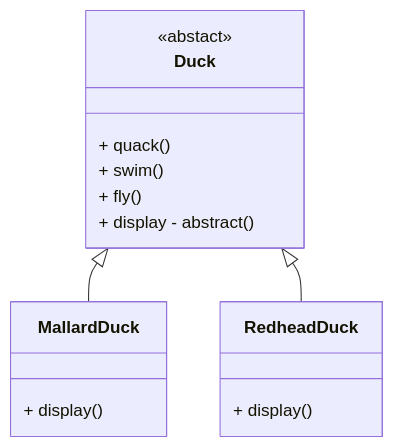
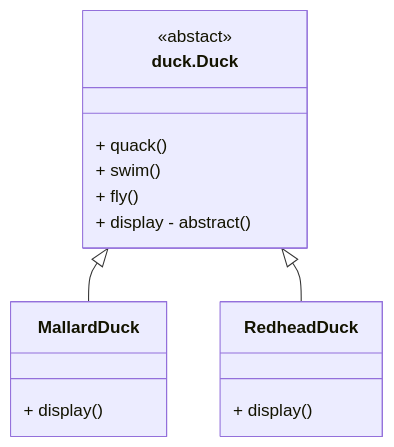
The second of 8 diagrams in oop/strategyPattern/README.md (Dltmd202/Java-Spring-Study), drawn with Mermaid before and after one commit. The commit also changed other lines of this file and 37 other files, not shown here.

````diff
--- a/oop/strategyPattern/README.md
+++ b/oop/strategyPattern/README.md
@@ -30,21 +30,21 @@
 ```mermaid
 classDiagram
-Duck <|-- MallardDuck
-Duck <|-- RedheadDuck
-class Duck{
+duck.Duck <|-- MallardDuck
+duck.Duck <|-- RedheadDuck
+class duck.Duck{
     <<abstact>>
     + quack()
     + swim()
     + fly()
     + display - abstract()
 }
 
 class MallardDuck{
     + display()
 }
 
 class RedheadDuck{
     + display()
 }
 
 ```
````
